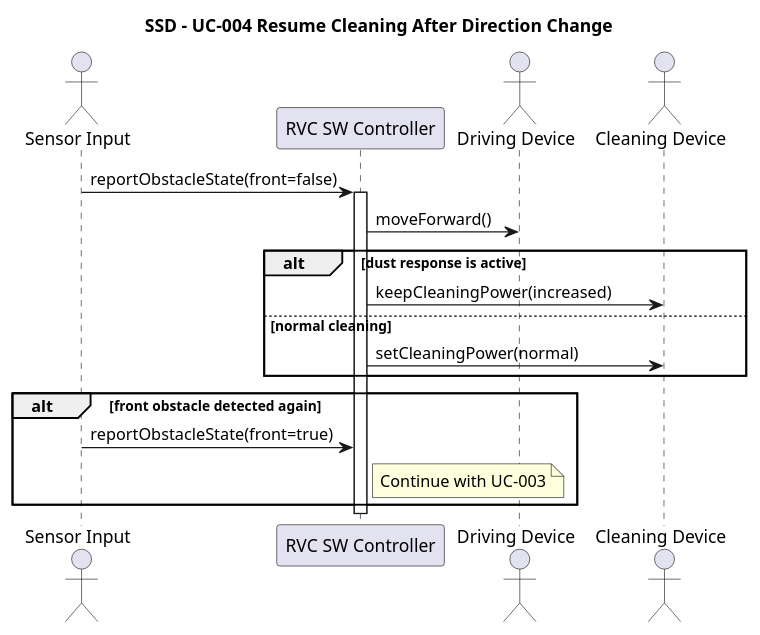
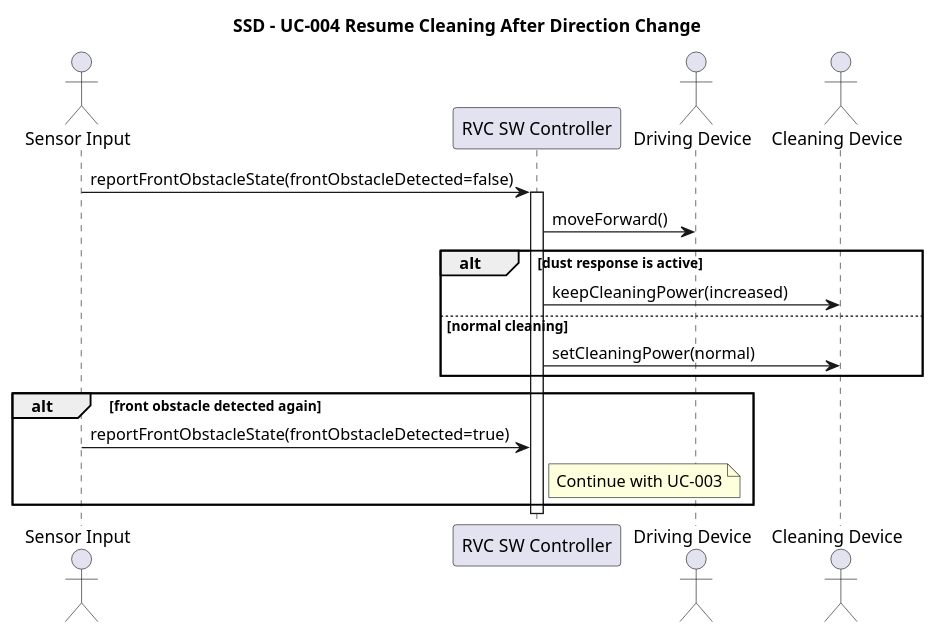
One commit to OOAD-Team3/Robot-Vacuum-Cleaner-AI changed the diagram in docs/ssd/UC-004.puml. Above: the diagram before and after it, drawn with PlantUML. The commit also changed 14 other files, not shown here.

Commit message:
docs: address diagram review feedback

```diff
--- a/docs/ssd/UC-004.puml
+++ b/docs/ssd/UC-004.puml
@@ -1,24 +1,24 @@
 @startuml SSD_UC004_Resume_After_Turn
 title SSD - UC-004 Resume Cleaning After Direction Change
 
 actor "Sensor Input" as Sensor
 participant "RVC SW Controller" as System
 actor "Driving Device" as Drive
 actor "Cleaning Device" as Cleaner
 
-Sensor -> System: reportObstacleState(front=false)
+Sensor -> System: reportFrontObstacleState(frontObstacleDetected=false)
 activate System
 System -> Drive: moveForward()
 
 alt dust response is active
     System -> Cleaner: keepCleaningPower(increased)
 else normal cleaning
     System -> Cleaner: setCleaningPower(normal)
 end
 
 alt front obstacle detected again
-    Sensor -> System: reportObstacleState(front=true)
+    Sensor -> System: reportFrontObstacleState(frontObstacleDetected=true)
     note right of System: Continue with UC-003
 end
 deactivate System
 @enduml
```
